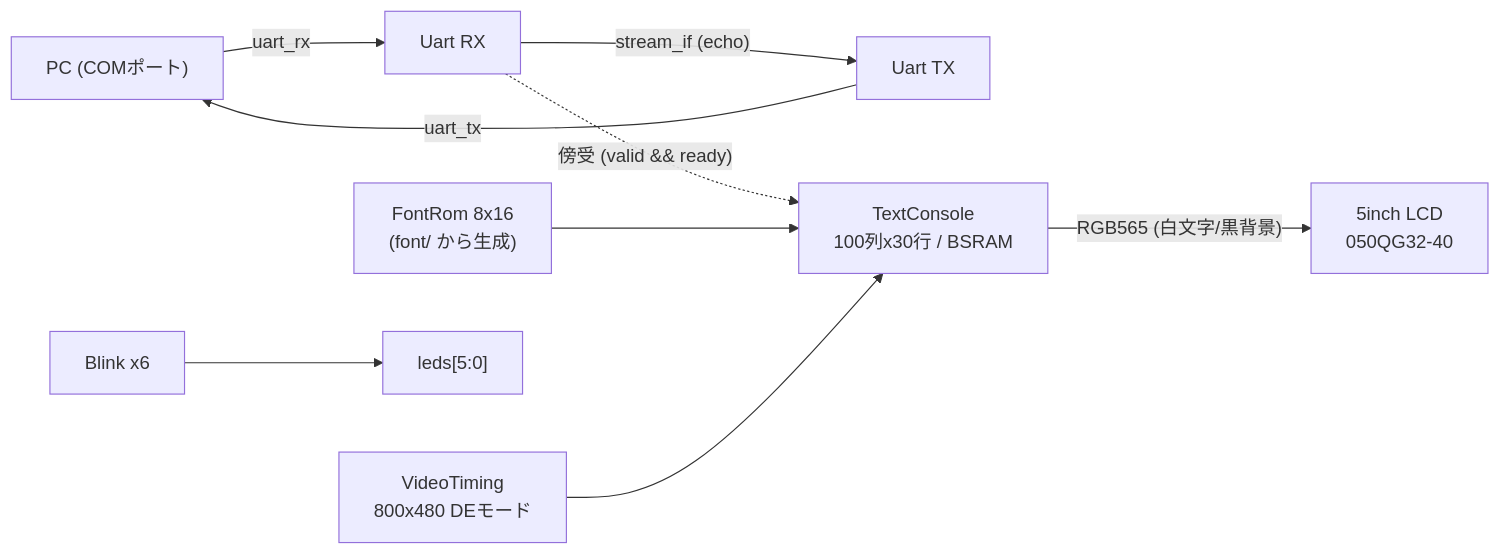
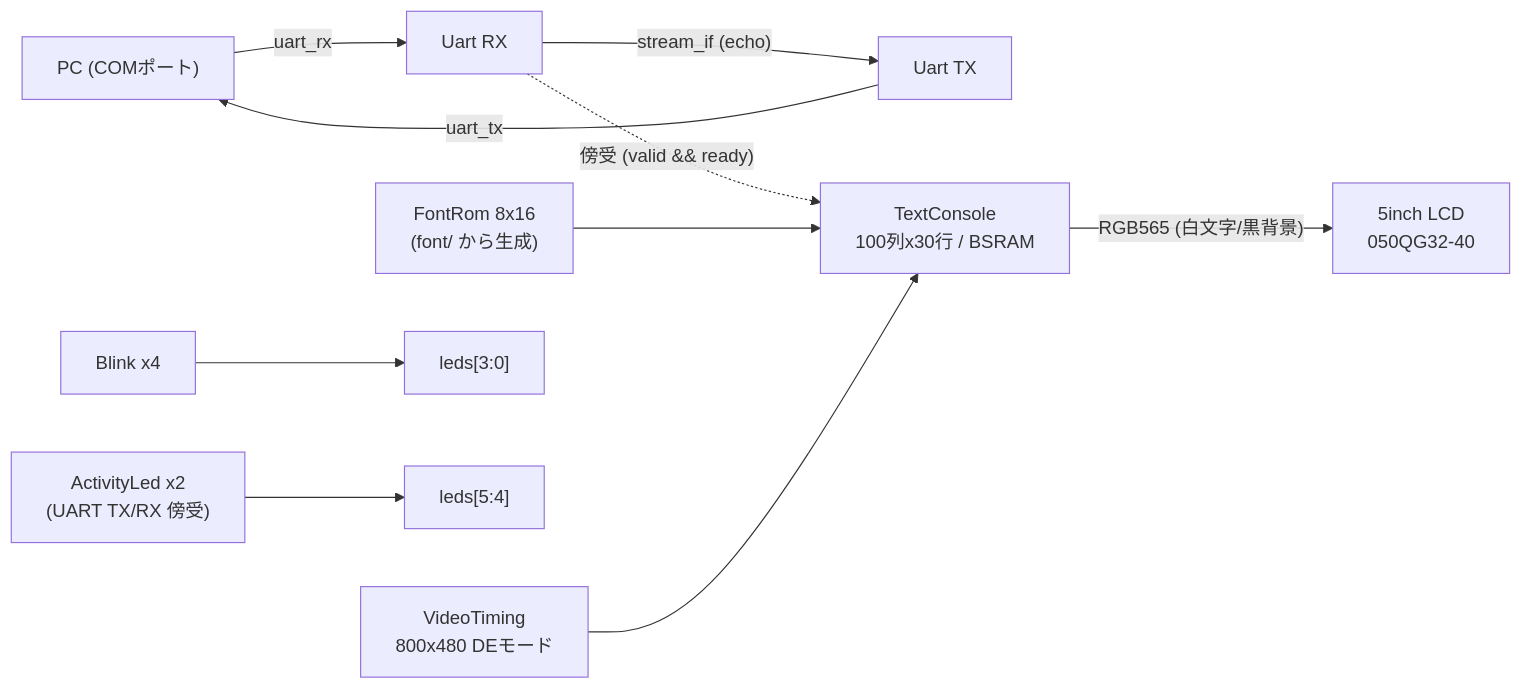
One commit to sabas0ba/hello_veryl changed the diagram in docs/rtl.md. Above: the diagram before and after it, drawn with Mermaid. The commit also changed other lines of this file and 3 other files, not shown here.

````diff
--- a/docs/rtl.md
+++ b/docs/rtl.md
@@ -17,11 +17,12 @@
 ```mermaid
 flowchart LR
     PC["PC (COMポート)"] -- uart_rx --> RX["Uart RX"]
     RX -- "stream_if (echo)" --> TX["Uart TX"]
     TX -- uart_tx --> PC
     RX -. "傍受 (valid && ready)" .-> CON["TextConsole<br>100列x30行 / BSRAM"]
     FONT["FontRom 8x16<br>(font/ から生成)"] --> CON
     VT["VideoTiming<br>800x480 DEモード"] --> CON
     CON -- "RGB565 (白文字/黒背景)" --> LCD["5inch LCD<br>050QG32-40"]
-    BL["Blink x6"] --> LEDS["leds[5:0]"]
+    BL["Blink x4"] --> LEDS["leds[3:0]"]
+    ACT["ActivityLed x2<br>(UART TX/RX 傍受)"] --> LEDS2["leds[5:4]"]
 ```
````
